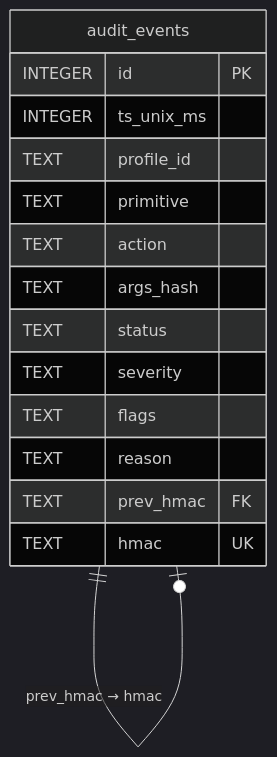
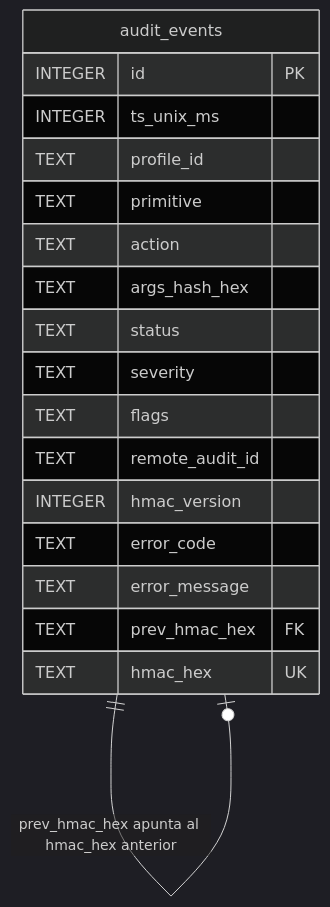
One commit to KvendraAI/kvendra-cli changed the diagram in docs/manual-kvendra-cli/17-audit-internals.md. Above: the diagram before and after it, drawn with Mermaid (dark theme). The commit also changed other lines of this file and 27 other files, not shown here.

````diff
--- a/docs/manual-kvendra-cli/17-audit-internals.md
+++ b/docs/manual-kvendra-cli/17-audit-internals.md
@@ -46,18 +55,21 @@
 ```mermaid
 erDiagram
-    audit_events ||--o| audit_events : "prev_hmac → hmac"
+    audit_events ||--o| audit_events : "prev_hmac_hex apunta al hmac_hex anterior"
     audit_events {
         INTEGER id PK
         INTEGER ts_unix_ms
         TEXT profile_id
         TEXT primitive
         TEXT action
-        TEXT args_hash
+        TEXT args_hash_hex
         TEXT status
         TEXT severity
         TEXT flags
-        TEXT reason
-        TEXT prev_hmac FK
-        TEXT hmac UK
+        TEXT remote_audit_id
+        INTEGER hmac_version
+        TEXT error_code
+        TEXT error_message
+        TEXT prev_hmac_hex FK
+        TEXT hmac_hex UK
     }
 ```
````
